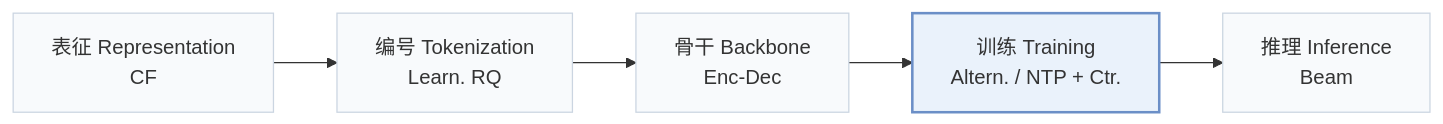
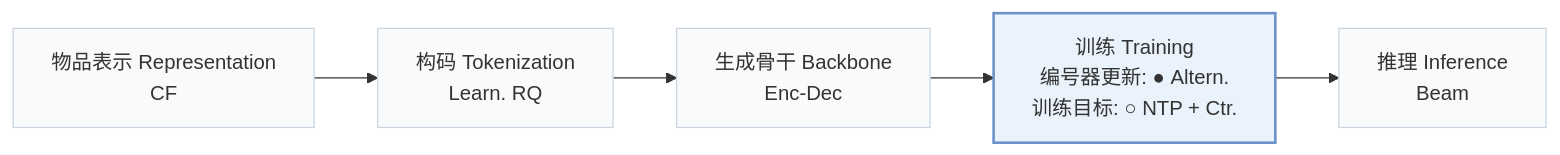
Before and after one commit to Galaxy-ghost/Awesome-SID-Generative-Rec: the first of 4 diagrams in pages/zh/papers/etegrec.md, drawn with Mermaid. The commit also changed other lines of this file and 558 other files, not shown here.

````diff
--- a/pages/zh/papers/etegrec.md
+++ b/pages/zh/papers/etegrec.md
@@ -15,8 +19,8 @@
 ```mermaid
 flowchart LR
-    R["表征 Representation<br/>CF"] --> T["编号 Tokenization<br/>Learn. RQ"] --> B["骨干 Backbone<br/>Enc-Dec"] --> TR["训练 Training<br/>Altern. / NTP + Ctr."] --> I["推理 Inference<br/>Beam"]
+    R["物品表示 Representation<br/>CF"] --> T["构码 Tokenization<br/>Learn. RQ"] --> B["生成骨干 Backbone<br/>Enc-Dec"] --> TR["训练 Training<br/>编号器更新: ● Altern.<br/>训练目标: ○ NTP + Ctr."] --> I["推理 Inference<br/>Beam"]
     classDef base fill:#f8fafc,stroke:#cbd5e1
     class R,T,B,TR,I base
     classDef main fill:#eaf2fb,stroke:#6b8fc7,stroke-width:2px
     class TR main
 ```
````
